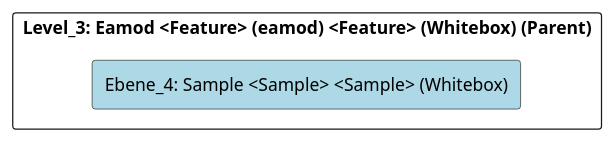
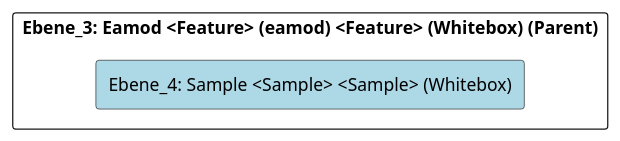
The diagram in doc/cleonproject_deliverables_architecture_model_architecture/adoc/de/05_bausteinsicht/cleon/architecture_methods/eamod/sample/ebene_4_sample.adoc (marcozwyssig/cleon), drawn with PlantUML before and after one commit. The commit also changed other lines of this file and 620 other files, not shown here.

```diff
--- a/doc/cleonproject_deliverables_architecture_model_architecture/adoc/de/05_bausteinsicht/cleon/architecture_methods/eamod/sample/ebene_4_sample.adoc
+++ b/doc/cleonproject_deliverables_architecture_model_architecture/adoc/de/05_bausteinsicht/cleon/architecture_methods/eamod/sample/ebene_4_sample.adoc
@@ -20,24 +20,24 @@
 [plantuml, Ebene_4: Sample <Sample> <Sample> (Whitebox)BlockOverview, format="svg"]
 ----
 @startuml Ebene_4: Sample <Sample> <Sample> (Whitebox)BuildingBlockOverview
 
 skinparam ranksep 10
 skinparam componentStyle rectangle
 skinparam shadowing false
 skinparam arrowColor lightblue
 skinparam arrowThickness 1.2
 skinparam rectangle {
   BackgroundColor White
   BorderColor #333
   RoundCorner 10
 }
 top to bottom direction
 
-component "Level_3: Eamod <Feature> (eamod) <Feature> (Whitebox) (Parent)" {
+component "Ebene_3: Eamod <Feature> (eamod) <Feature> (Whitebox) (Parent)" {
     component "Ebene_4: Sample <Sample> <Sample> (Whitebox)" #lightblue {
     }
 
 }
 
 @enduml
 ----
```
